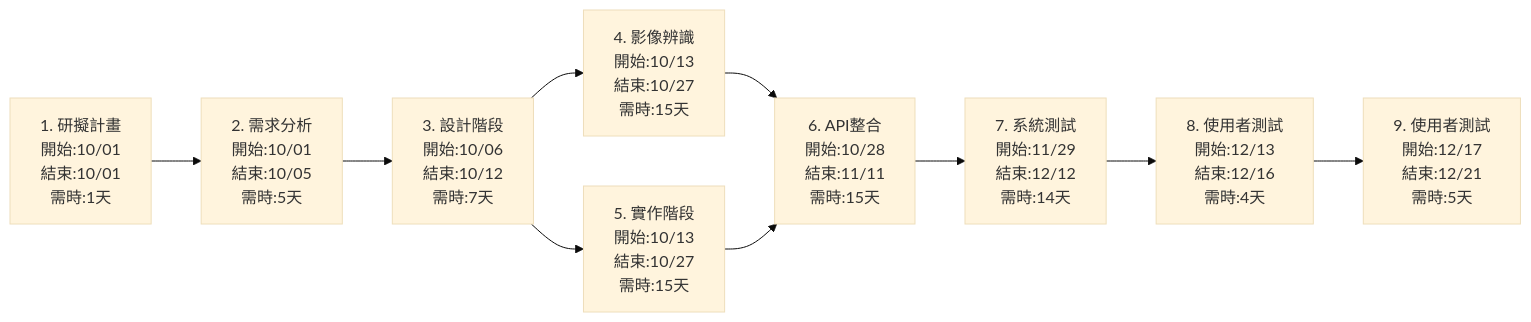
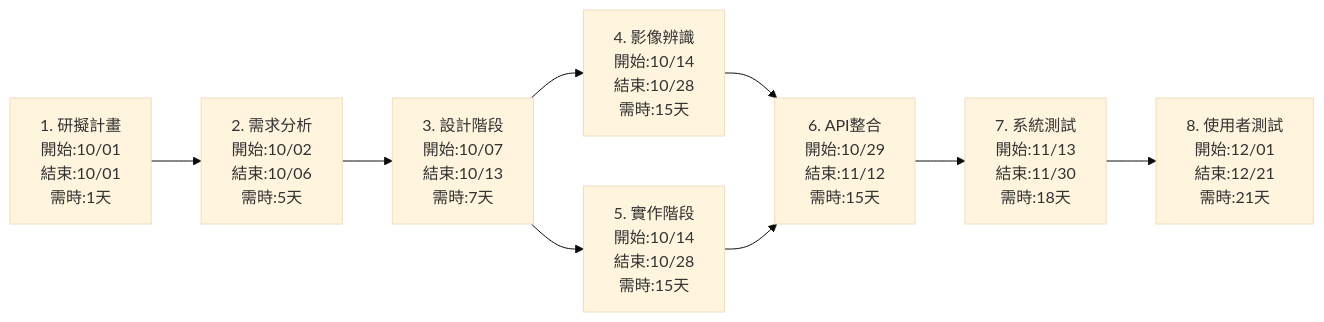
The second of 2 diagrams in group_work2.md (kyw012/team-project), drawn with Mermaid (base theme) before and after one commit. The commit also changed other lines of this file, not shown here.

````diff
--- a/group_work2.md
+++ b/group_work2.md
@@ -36,12 +36,11 @@
 ```mermaid
 graph LR
-    A1[1. 研擬計畫 <br>開始:10/01<br>結束:10/01<br>需時:1天] --> B2[2. 需求分析<br>開始:10/01<br>結束:10/05<br>需時:5天]
-    B2 --> C3[3. 設計階段<br>開始:10/06<br>結束:10/12<br>需時:7天]
-    C3 --> D4[4. 影像辨識 <br>開始:10/13<br>結束:10/27<br>需時:15天]
-    C3 --> E5[5. 實作階段<br>開始:10/13<br>結束:10/27<br>需時:15天]
-    D4 --> F6[6. API整合<br>開始:10/28<br>結束:11/11<br>需時:15天]
+    A1[1. 研擬計畫 <br>開始:10/01<br>結束:10/01<br>需時:1天] --> B2[2. 需求分析<br>開始:10/02<br>結束:10/06<br>需時:5天]
+    B2 --> C3[3. 設計階段<br>開始:10/07<br>結束:10/13<br>需時:7天]
+    C3 --> D4[4. 影像辨識 <br>開始:10/14<br>結束:10/28<br>需時:15天]
+    C3 --> E5[5. 實作階段<br>開始:10/14<br>結束:10/28<br>需時:15天]
+    D4 --> F6[6. API整合<br>開始:10/29<br>結束:11/12<br>需時:15天]
     E5 --> F6
-    F6 --> G7[7. 系統測試<br>開始:11/29<br>結束:12/12<br>需時:14天]
-    G7 --> H8[8. 使用者測試<br>開始:12/13<br>結束:12/16<br>需時:4天]
-    H8 --> I9[9. 使用者測試<br>開始:12/17<br>結束:12/21<br>需時:5天]
+    F6 --> G7[7. 系統測試<br>開始:11/13<br>結束:11/30<br>需時:18天]
+    G7 --> H8[8. 使用者測試<br>開始:12/01<br>結束:12/21<br>需時:21天]
 ```
````
